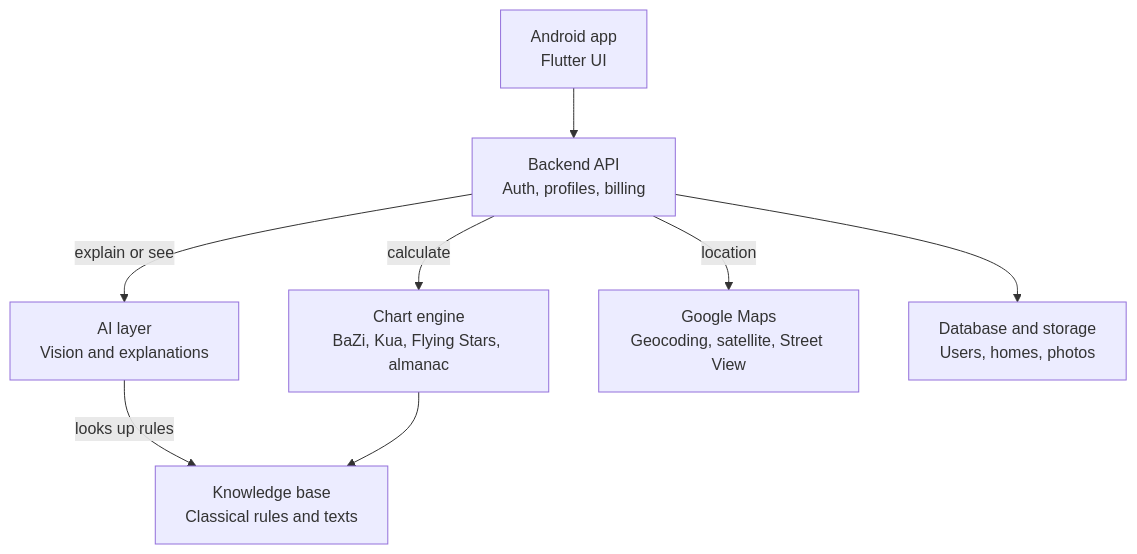
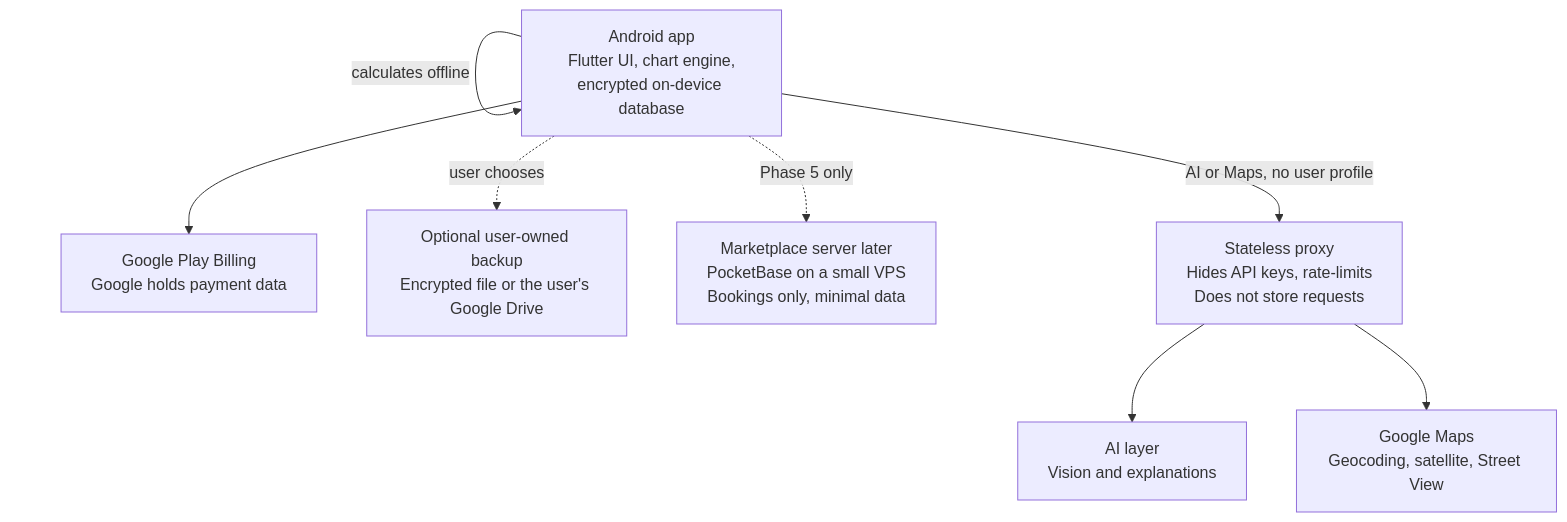
One commit to bhemfine/Fengshui changed the first of 2 diagrams in PLAN.md. Above: the diagram before and after it, drawn with Mermaid. The commit also changed other lines of this file and 144 other files, not shown here.

Commit message:
Add Android Flutter app, chart engine, content, proxy prompts, store text, B3 design prototype; update local-first plan

````diff
--- a/PLAN.md
+++ b/PLAN.md
@@ -55,18 +61,18 @@
 ```mermaid
 flowchart TB
-  app["Android app<br/>Flutter UI"]
-  api["Backend API<br/>Auth, profiles, billing"]
-  engine["Chart engine<br/>BaZi, Kua, Flying Stars, almanac"]
-  kb["Knowledge base<br/>Classical rules and texts"]
+  app["Android app<br/>Flutter UI, chart engine,<br/>encrypted on-device database"]
+  proxy["Stateless proxy<br/>Hides API keys, rate-limits<br/>Does not store requests"]
   ai["AI layer<br/>Vision and explanations"]
   maps["Google Maps<br/>Geocoding, satellite, Street View"]
-  db["Database and storage<br/>Users, homes, photos"]
+  play["Google Play Billing<br/>Google holds payment data"]
+  backup["Optional user-owned backup<br/>Encrypted file or the user's Google Drive"]
+  market["Marketplace server later<br/>PocketBase on a small VPS<br/>Bookings only, minimal data"]
 
-  app --> api
-  api -->|"calculate"| engine
-  api -->|"explain or see"| ai
-  api -->|"location"| maps
-  api --> db
-  ai -->|"looks up rules"| kb
-  engine --> kb
+  app -->|"calculates offline"| app
+  app -->|"AI or Maps, no user profile"| proxy
+  proxy --> ai
+  proxy --> maps
+  app --> play
+  app -.->|"user chooses"| backup
+  app -.->|"Phase 5 only"| market
 ```
````
